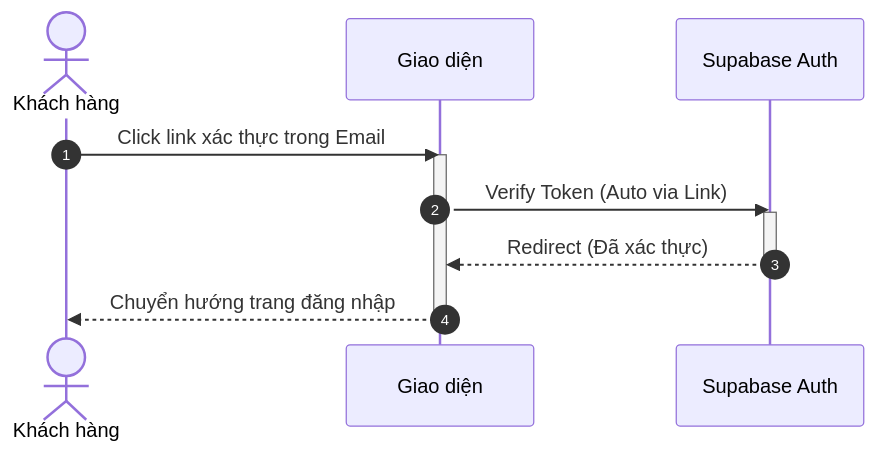
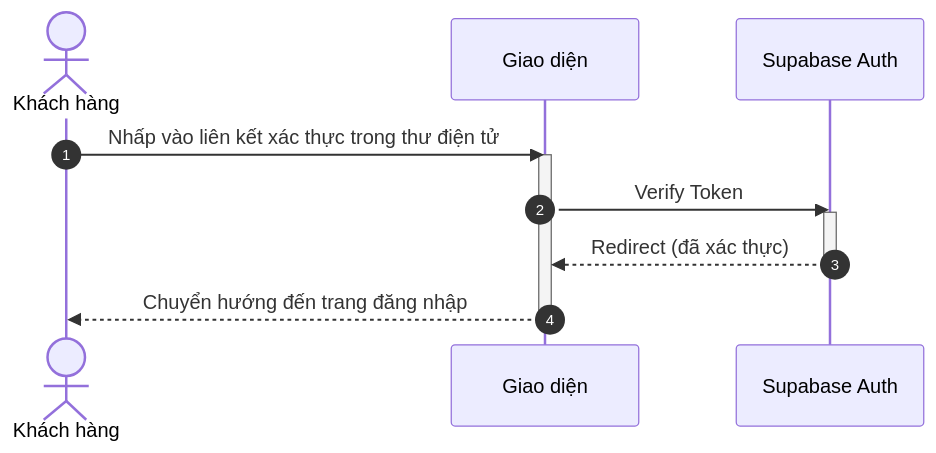
The second of 7 diagrams in docs/design/sequences/authentication.md (ngoctinn/Synapse), drawn with Mermaid before and after one commit. The commit also changed other lines of this file and 11 other files, not shown here.

Commit message:
docs: Add initial design documentation, including architecture, UI, use cases, and detailed sequence diagrams for various user flows.

````diff
--- a/docs/design/sequences/authentication.md
+++ b/docs/design/sequences/authentication.md
@@ -81,17 +80,17 @@
 ```mermaid
 sequenceDiagram
     autonumber
     actor KH as Khách hàng
     participant UI as Giao diện
     participant SUPA as Supabase Auth
 
-    KH->>UI: Click link xác thực trong Email
+    KH->>UI: Nhấp vào liên kết xác thực trong thư điện tử
     activate UI
-    UI->>SUPA: Verify Token (Auto via Link)
+    UI->>SUPA: Verify Token
     activate SUPA
-    SUPA-->>UI: Redirect (Đã xác thực)
+    SUPA-->>UI: Redirect (đã xác thực)
     deactivate SUPA
 
-    UI-->>KH: Chuyển hướng trang đăng nhập
+    UI-->>KH: Chuyển hướng đến trang đăng nhập
     deactivate UI
 ```
````
